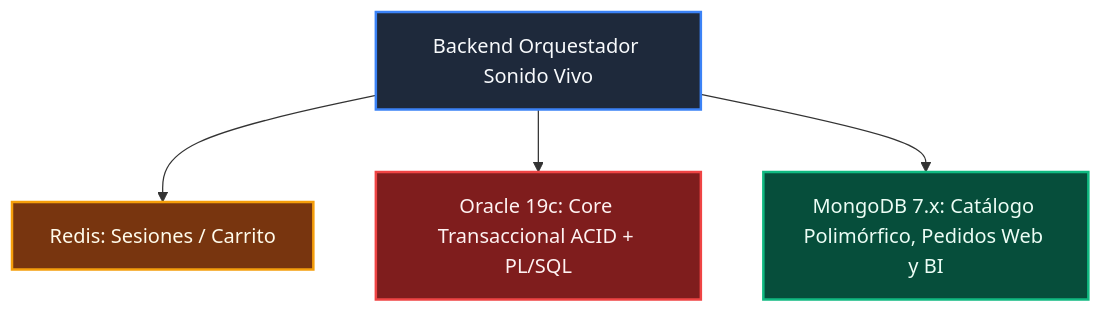
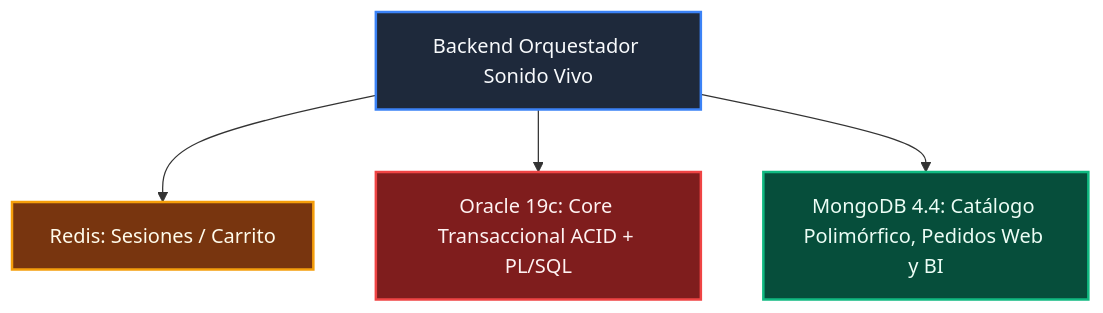
Before and after one commit to NezerkC/taller-base-de-datos-: the diagram in ARQUITECTURA_NOSQL_MONGODB.md, drawn with Mermaid. The commit also changed other lines of this file and 7 other files, not shown here.

````diff
--- a/ARQUITECTURA_NOSQL_MONGODB.md
+++ b/ARQUITECTURA_NOSQL_MONGODB.md
@@ -35,16 +35,16 @@
 ```mermaid
 flowchart TD
     classDef cli fill:#1e293b,stroke:#3b82f6,stroke-width:2px,color:#f8fafc;
     classDef ora fill:#7f1d1d,stroke:#ef4444,stroke-width:2px,color:#fef2f2;
     classDef mon fill:#064e3b,stroke:#10b981,stroke-width:2px,color:#ecfdf5;
     classDef red fill:#78350f,stroke:#f59e0b,stroke-width:2px,color:#fffbeb;
 
     API["Backend Orquestador Sonido Vivo"]:::cli
     R["Redis: Sesiones / Carrito"]:::red
     O["Oracle 19c: Core Transaccional ACID + PL/SQL"]:::ora
-    M["MongoDB 7.x: Catálogo Polimórfico, Pedidos Web y BI"]:::mon
+    M["MongoDB 4.4: Catálogo Polimórfico, Pedidos Web y BI"]:::mon
 
     API --> R
     API --> O
     API --> M
 ```
````
